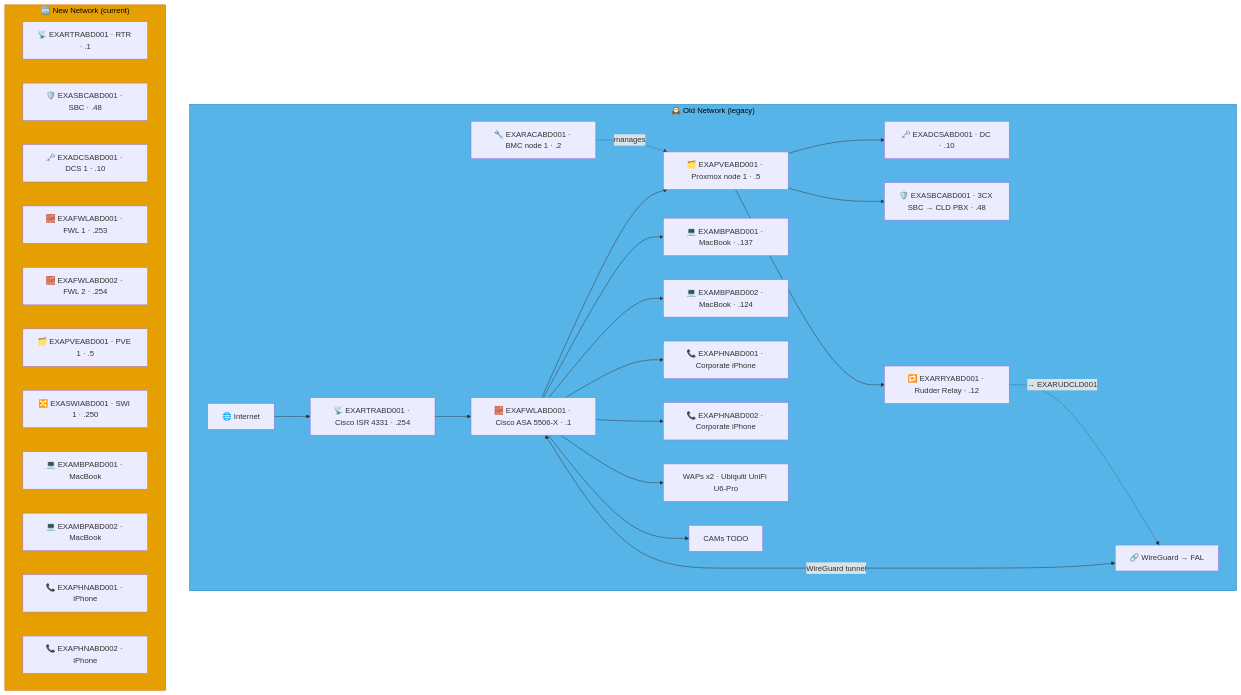
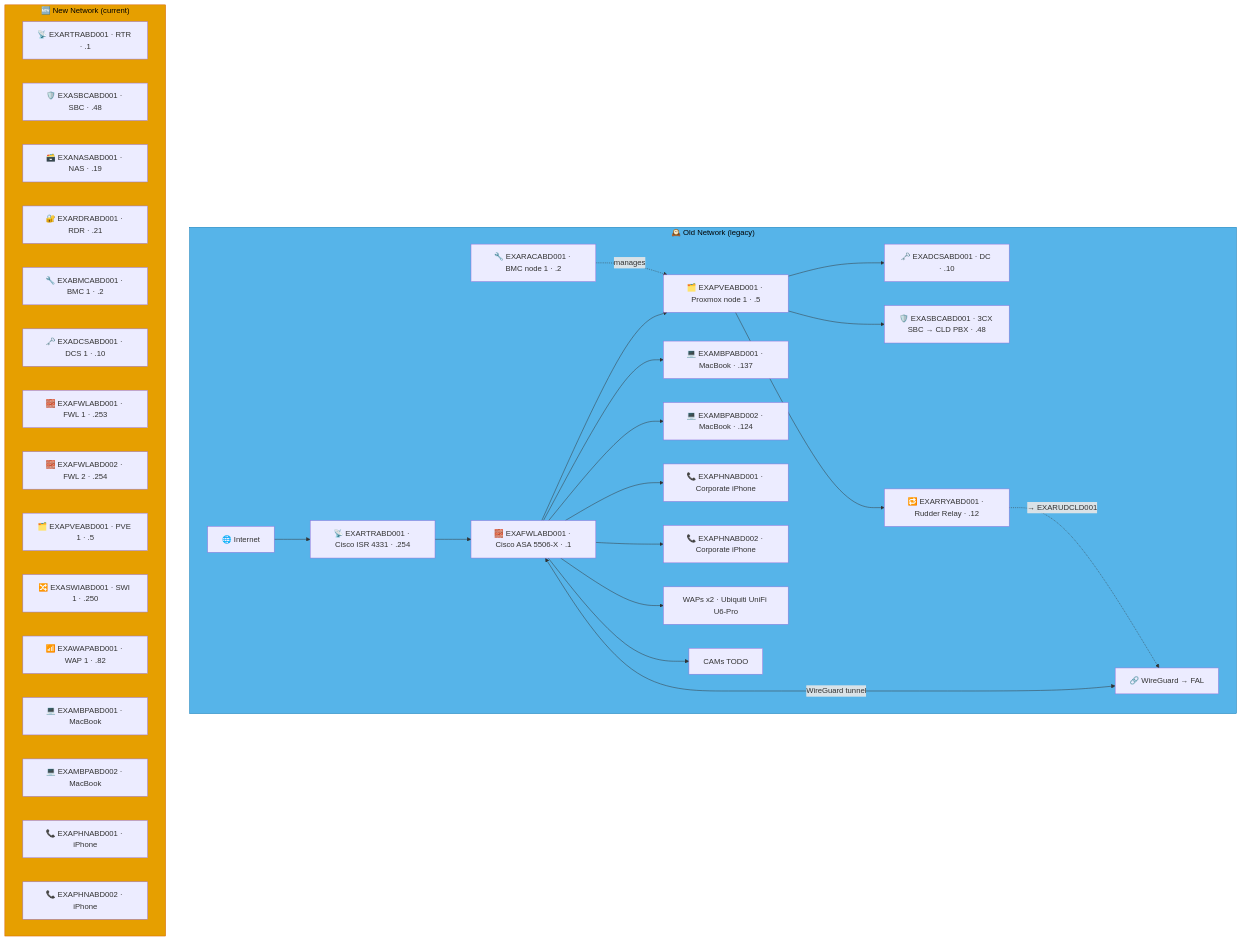
One commit to knightmare2600/example_music_infra changed the seventh of 7 diagrams in docs/network-diagram/scotland.md. Above: the diagram before and after it, drawn with Mermaid. The commit also changed other lines of this file and 15 other files, not shown here.

````diff
--- a/docs/network-diagram/scotland.md
+++ b/docs/network-diagram/scotland.md
@@ -461,46 +483,50 @@
 ```mermaid
 graph TD
     subgraph OLD_ABD ["🕰️ Old Network (legacy)"]
       INET["🌐 Internet"]
       FWL["🧱 EXAFWLABD001 · Cisco ASA 5506-X · .1"]
       RTR["📡 EXARTRABD001 · Cisco ISR 4331 · .254"]
       RAC["🔧 EXARACABD001 · BMC node 1 · .2"]
       PVE["🗂️ EXAPVEABD001 · Proxmox node 1 · .5"]
       DC["🗝️ EXADCSABD001 · DC · .10"]
       SBC["🛡️ EXASBCABD001 · 3CX SBC → CLD PBX · .48"]
       RRY["🔁 EXARRYABD001 · Rudder Relay · .12"]
       MBP1["💻 EXAMBPABD001 · MacBook · .137"]
       MBP2["💻 EXAMBPABD002 · MacBook · .124"]
       PHN1["📞 EXAPHNABD001 · Corporate iPhone"]
       PHN2["📞 EXAPHNABD002 · Corporate iPhone"]
       WAP["WAPs x2 · Ubiquiti UniFi U6-Pro"]
       CAM["CAMs TODO"]
       VPN["🔗 WireGuard → FAL"]
 
       INET --> RTR --> FWL --> PVE
       PVE --> DC & SBC
       RAC -.->|"manages"| PVE
       FWL --> MBP1 & MBP2 & PHN1 & PHN2 & WAP & CAM
       FWL <-->|"WireGuard tunnel"| VPN
 
       PVE --> RRY
       RRY -. "→ EXARUDCLD001" .-> VPN
     end
     style OLD_ABD fill:#56B4E9,stroke:#0072B2,color:#000000
     %% GENERATED:NEW-NETWORK:ABD:START
     subgraph NEW_ABD ["🆕 New Network (current)"]
       N_RTR["📡 EXARTRABD001 · RTR · .1"]
       N_SBC["🛡️ EXASBCABD001 · SBC · .48"]
+      N_NAS["🗃️ EXANASABD001 · NAS · .19"]
+      N_RDR["🔐 EXARDRABD001 · RDR · .21"]
+      N_BMC["🔧 EXABMCABD001 · BMC 1 · .2"]
       N_DCS["🗝️ EXADCSABD001 · DCS 1 · .10"]
       N_FWL["🧱 EXAFWLABD001 · FWL 1 · .253"]
       N_FWL2["🧱 EXAFWLABD002 · FWL 2 · .254"]
       N_PVE["🗂️ EXAPVEABD001 · PVE 1 · .5"]
       N_SWI["🔀 EXASWIABD001 · SWI 1 · .250"]
+      N_WAP["📶 EXAWAPABD001 · WAP 1 · .82"]
       N_MBP["💻 EXAMBPABD001 · MacBook"]
       N_MBP2["💻 EXAMBPABD002 · MacBook"]
       N_PHN["📞 EXAPHNABD001 · iPhone"]
       N_PHN2["📞 EXAPHNABD002 · iPhone"]
     end
     style NEW_ABD fill:#E69F00,stroke:#D55E00,color:#000000
     %% GENERATED:NEW-NETWORK:ABD:END
 ```
````
